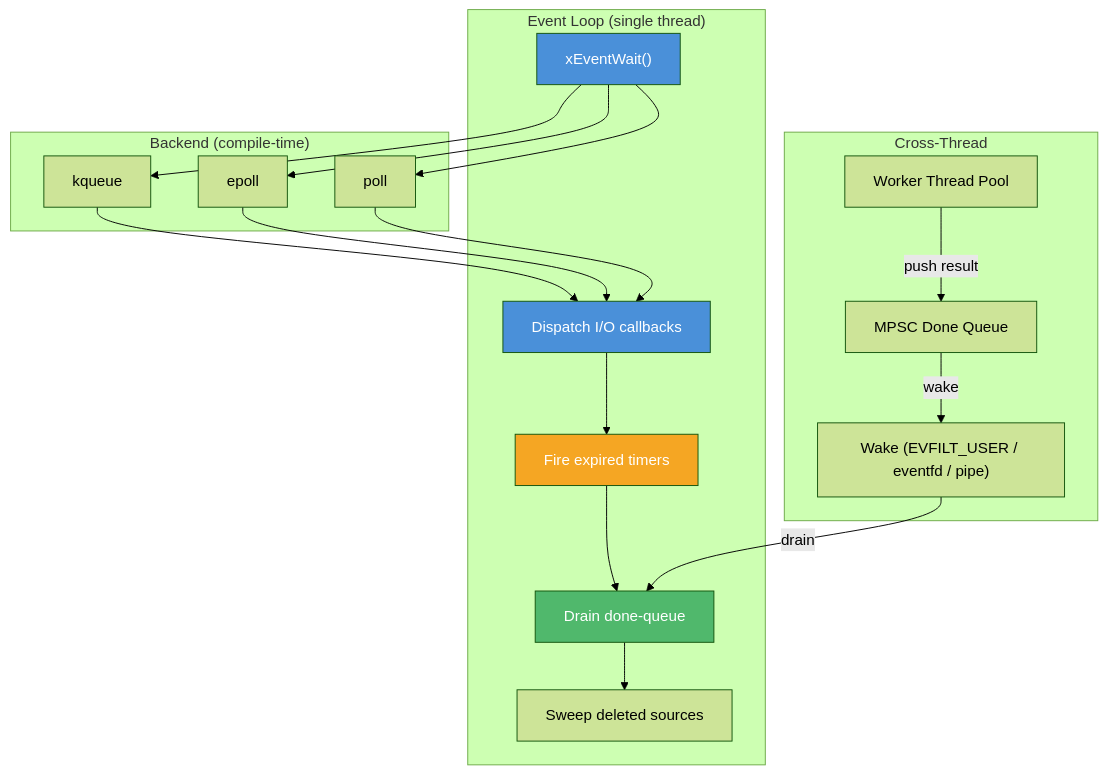
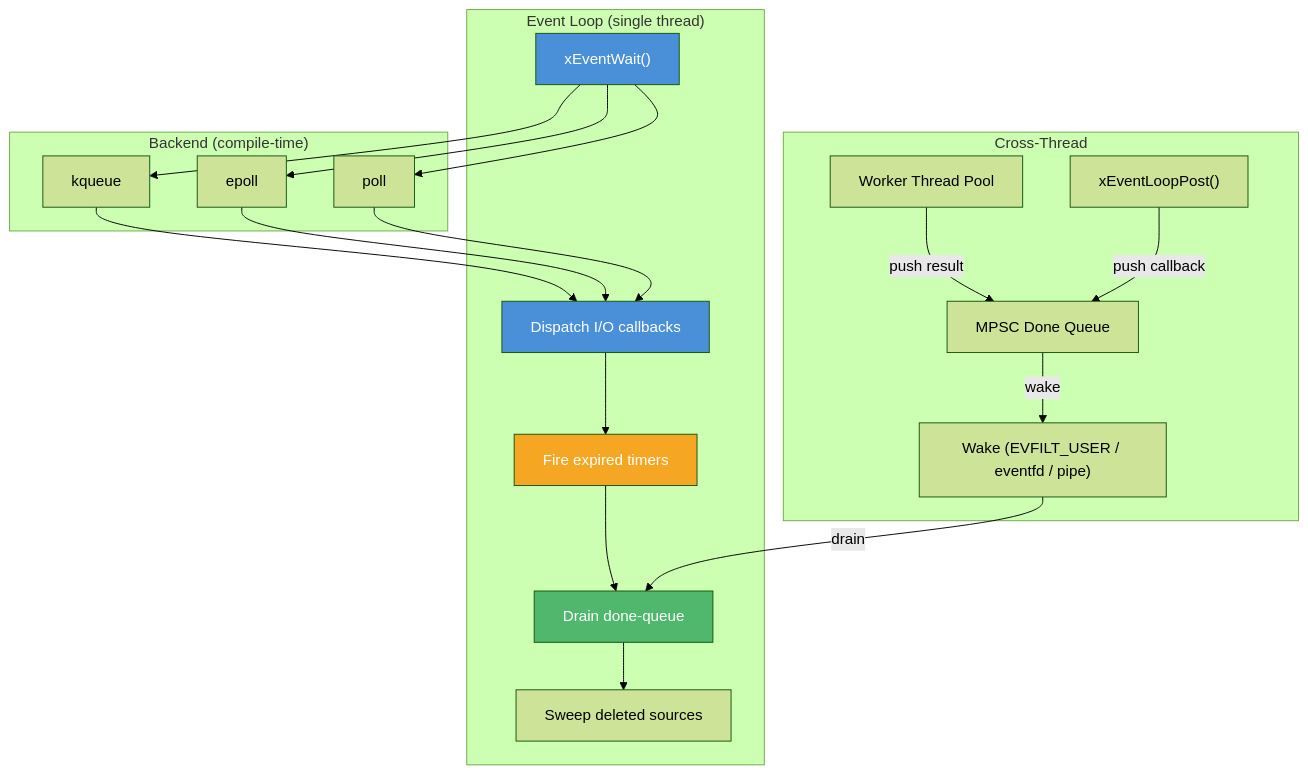
The first of 2 diagrams in docs/modules/xbase/event.md (mivinci/DownloadKit), drawn with Mermaid (forest theme) before and after one commit. The commit also changed other lines of this file and 4 other files, not shown here.

First line of the commit message:
feat(xbase): add xEventLoopPost for direct cross-thread callback posting

````diff
--- a/docs/modules/xbase/event.md
+++ b/docs/modules/xbase/event.md
@@ -21,41 +23,43 @@
 ```mermaid
 graph TD
     subgraph "Event Loop (single thread)"
         WAIT["xEventWait()"]
         DISPATCH["Dispatch I/O callbacks"]
         TIMERS["Fire expired timers"]
         DONE["Drain done-queue"]
         SWEEP["Sweep deleted sources"]
     end
 
     subgraph "Backend (compile-time)"
         KQ["kqueue"]
         EP["epoll"]
         PO["poll"]
     end
 
     subgraph "Cross-Thread"
         WAKE["Wake (EVFILT_USER / eventfd / pipe)"]
         MPSC_Q["MPSC Done Queue"]
         WORKER["Worker Thread Pool"]
+        POST["xEventLoopPost()"]
     end
 
     WAIT --> KQ
     WAIT --> EP
     WAIT --> PO
     KQ --> DISPATCH
     EP --> DISPATCH
     PO --> DISPATCH
     DISPATCH --> TIMERS
     TIMERS --> DONE
     DONE --> SWEEP
 
     WORKER -->|"push result"| MPSC_Q
+    POST -->|"push callback"| MPSC_Q
     MPSC_Q -->|"wake"| WAKE
     WAKE -->|"drain"| DONE
 
     style WAIT fill:#4a90d9,color:#fff
     style DISPATCH fill:#4a90d9,color:#fff
     style TIMERS fill:#f5a623,color:#fff
     style DONE fill:#50b86c,color:#fff
 ```
````
